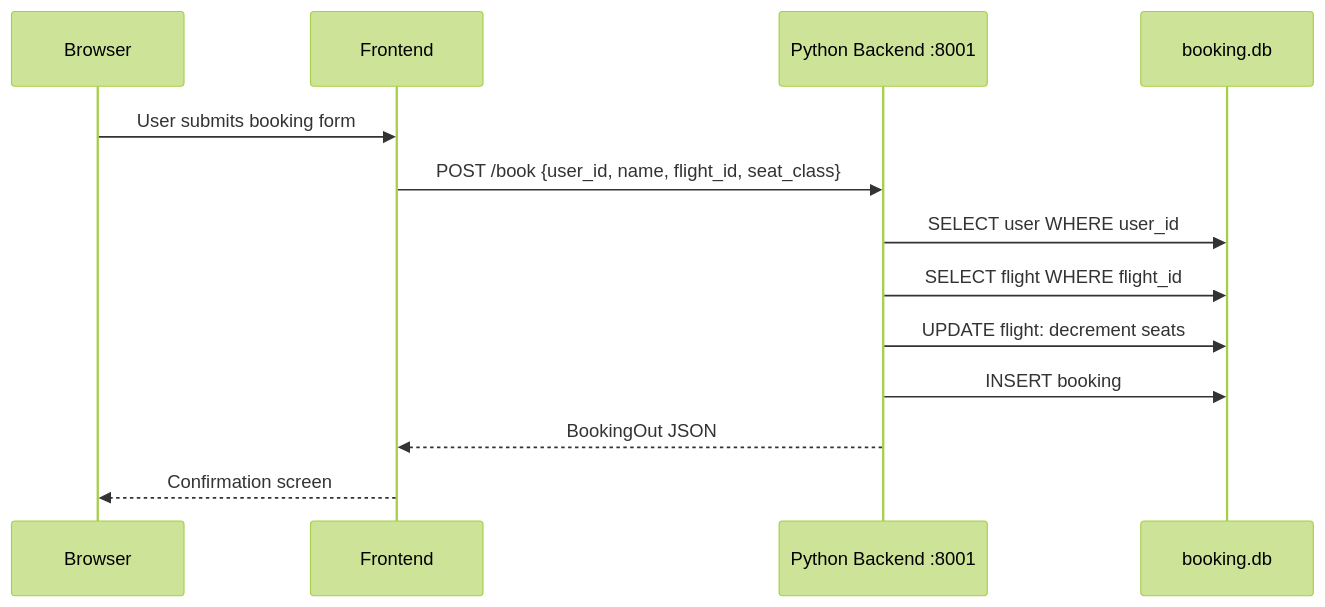
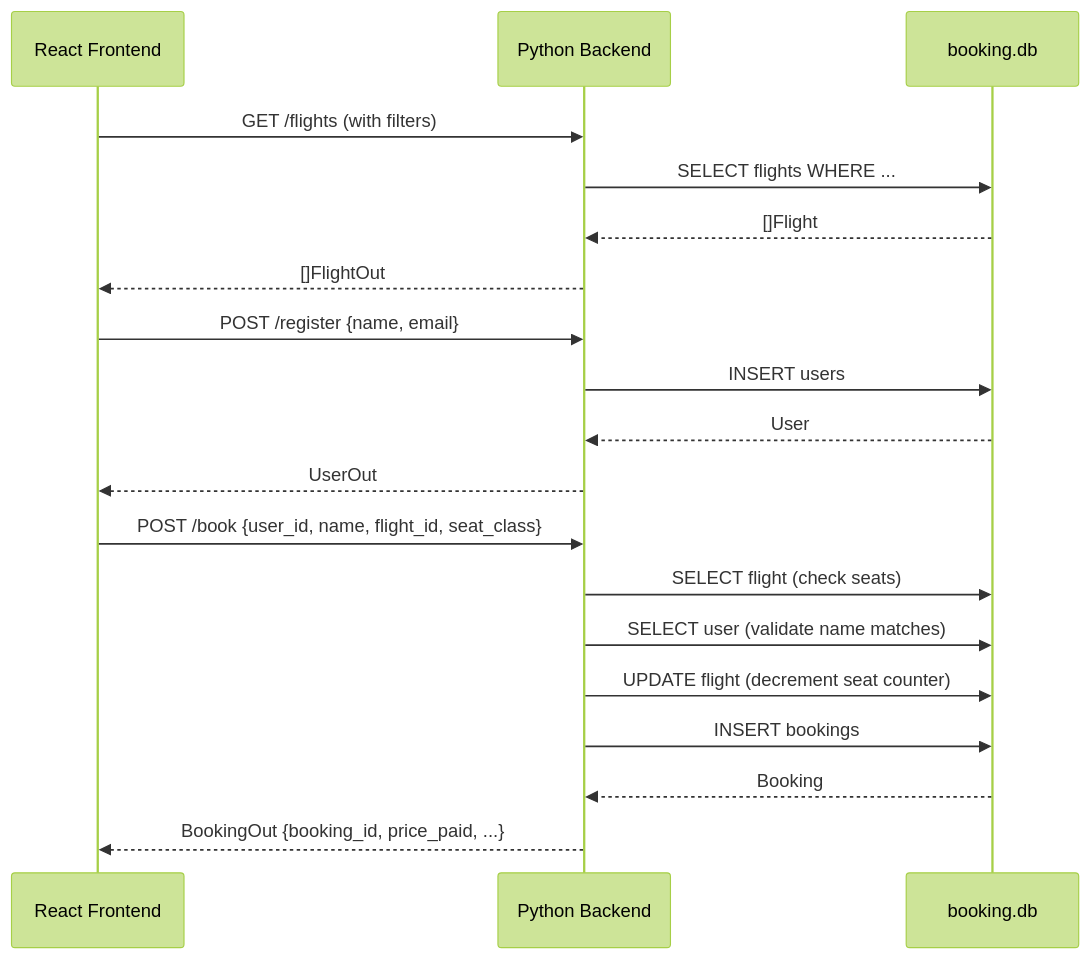
Before and after one commit to saravana-dev71/Onboarding-copilot: the third of 6 diagrams in docs/onboarding/architecture.md, drawn with Mermaid (forest theme). The commit also changed other lines of this file and 5 other files, not shown here.

````diff
--- a/docs/onboarding/architecture.md
+++ b/docs/onboarding/architecture.md
@@ -126,16 +230,24 @@
 ```mermaid
 sequenceDiagram
-    participant Browser
-    participant Frontend
-    participant Python as Python Backend :8001
+    participant FE as React Frontend
+    participant PY as Python Backend
     participant DB as booking.db
 
-    Browser->>Frontend: User submits booking form
-    Frontend->>Python: POST /book {user_id, name, flight_id, seat_class}
-    Python->>DB: SELECT user WHERE user_id
-    Python->>DB: SELECT flight WHERE flight_id
-    Python->>DB: UPDATE flight: decrement seats
-    Python->>DB: INSERT booking
-    Python-->>Frontend: BookingOut JSON
-    Frontend-->>Browser: Confirmation screen
+    FE->>PY: GET /flights (with filters)
+    PY->>DB: SELECT flights WHERE ...
+    DB-->>PY: []Flight
+    PY-->>FE: []FlightOut
+
+    FE->>PY: POST /register {name, email}
+    PY->>DB: INSERT users
+    DB-->>PY: User
+    PY-->>FE: UserOut
+
+    FE->>PY: POST /book {user_id, name, flight_id, seat_class}
+    PY->>DB: SELECT flight (check seats)
+    PY->>DB: SELECT user (validate name matches)
+    PY->>DB: UPDATE flight (decrement seat counter)
+    PY->>DB: INSERT bookings
+    DB-->>PY: Booking
+    PY-->>FE: BookingOut {booking_id, price_paid, ...}
 ```
````
